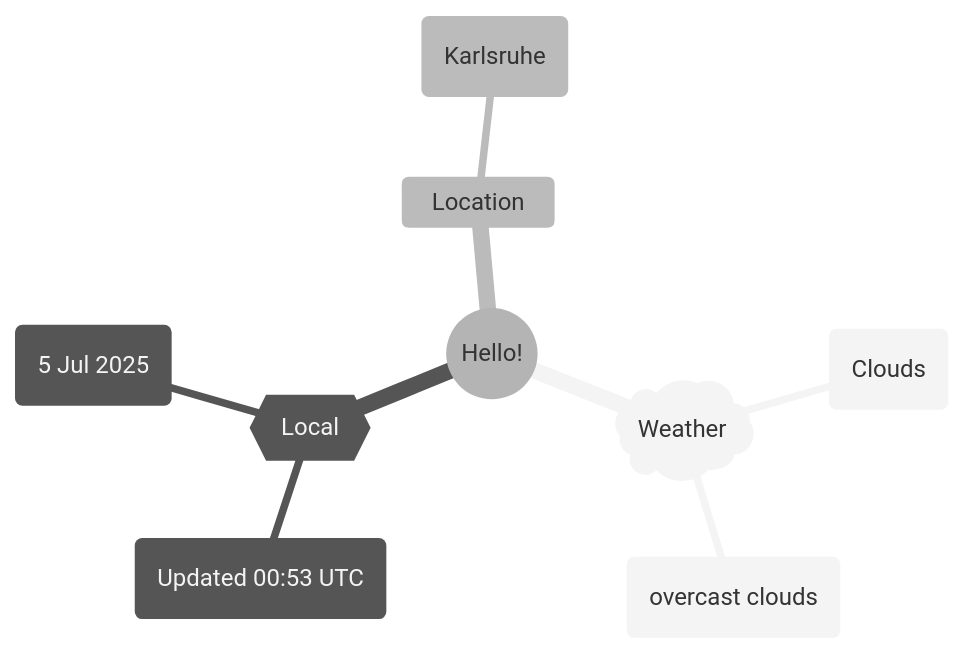
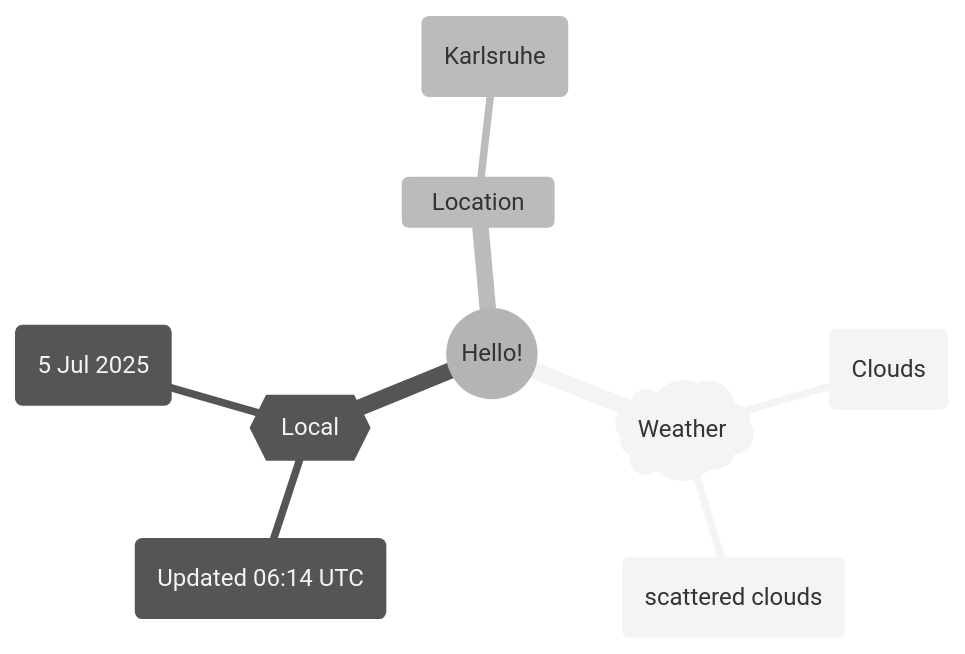
One commit to Xosrov/Xosrov changed the first of 2 diagrams in README.md. Above: the diagram before and after it, drawn with Mermaid (neutral theme).

Commit message:
[bot] updated images

````diff
--- a/README.md
+++ b/README.md
@@ -3,12 +3,12 @@
 ```mermaid
 mindmap
   root((Hello!))
     )Weather(
         (Clouds)
-        (overcast clouds)
+        (scattered clouds)
     {{Local}}
-        (Updated 00:53 UTC)
+        (Updated 06:14 UTC)
         (5 Jul 2025)
     Location
         (Karlsruhe)
 ```
````
